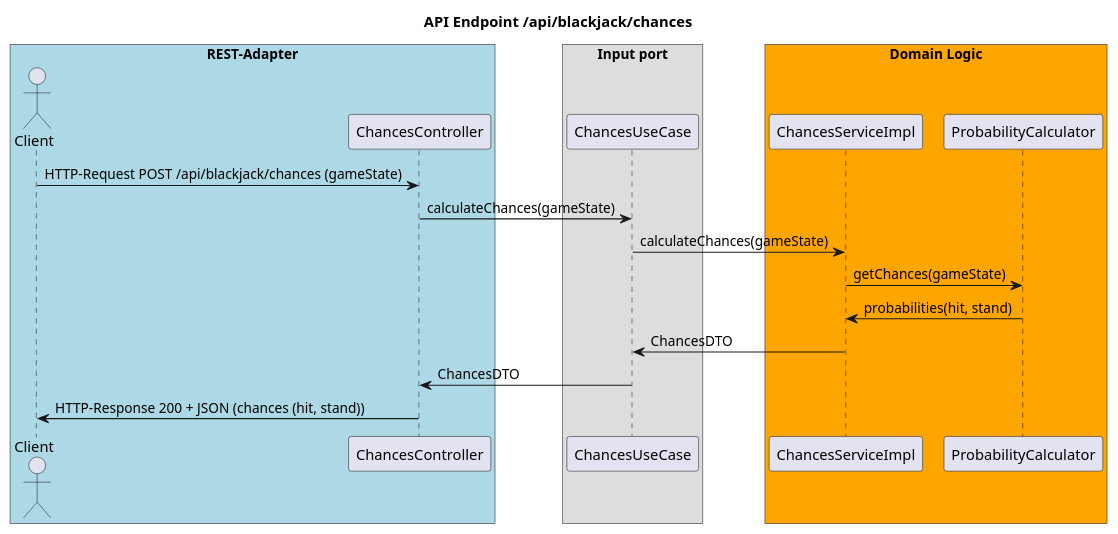
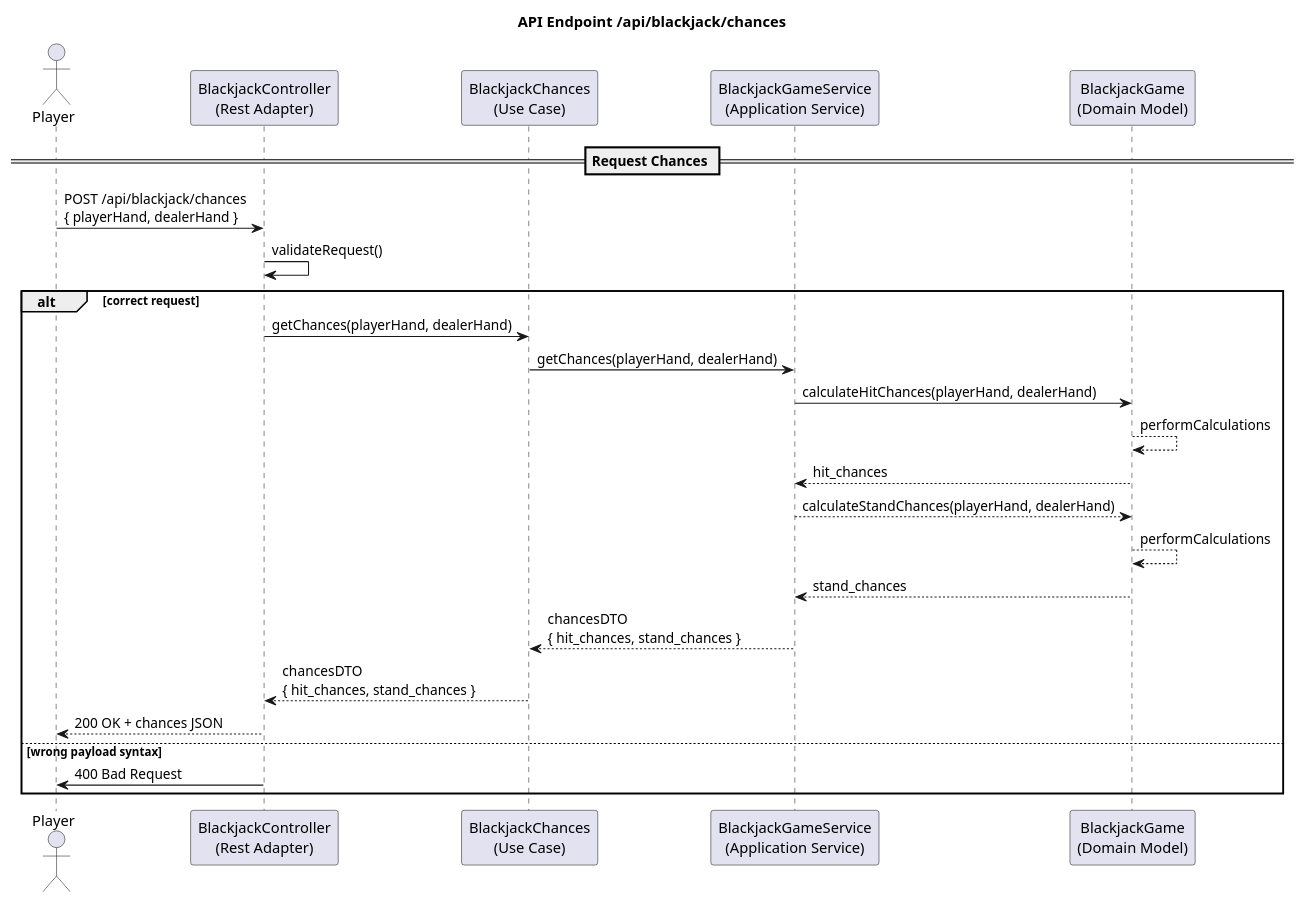
Before and after one commit to voelkerh/Blackjack: the diagram in docs/uml/sequence_diagram_chances.puml, drawn with PlantUML.

Commit message:
Finalize sequence diagram chances

```diff
--- a/docs/uml/sequence_diagram_chances.puml
+++ b/docs/uml/sequence_diagram_chances.puml
@@ -1,28 +1,32 @@
 @startuml
 title API Endpoint /api/blackjack/chances
-actor Client
+actor Player
 
-box "REST-Adapter" #LightBlue
-participant Client
-participant ChancesController
-end box
+participant "BlackjackController\n(Rest Adapter)" as Controller
+participant "BlackjackChances\n(Use Case)" as UseCase
+participant "BlackjackGameService\n(Application Service)" as Service
+participant "BlackjackGame\n(Domain Model)" as Domain
 
-box "Input port"
-participant ChancesUseCase
-end box
+== Request Chances ==
 
-box "Domain Logic" #Orange
-participant ChancesServiceImpl
-participant ProbabilityCalculator
-end box
+Player -> Controller : POST /api/blackjack/chances\n{ playerHand, dealerHand }
+Controller -> Controller : validateRequest()
 
-Client -> ChancesController : HTTP-Request POST /api/blackjack/chances (gameState)
-ChancesController -> ChancesUseCase : calculateChances(gameState)
-ChancesUseCase -> ChancesServiceImpl : calculateChances(gameState)
-ChancesServiceImpl -> ProbabilityCalculator : getChances(gameState)
-ProbabilityCalculator -> ChancesServiceImpl : probabilities(hit, stand)
-ChancesServiceImpl -> ChancesUseCase : ChancesDTO
-ChancesUseCase -> ChancesController : ChancesDTO
-ChancesController -> Client : HTTP-Response 200 + JSON (chances (hit, stand))
+alt correct request
+    Controller -> UseCase : getChances(playerHand, dealerHand)
+    UseCase -> Service : getChances(playerHand, dealerHand)
+    Service -> Domain : calculateHitChances(playerHand, dealerHand)
+    Domain --> Domain : performCalculations
+    Domain --> Service : hit_chances
+    Service --> Domain : calculateStandChances(playerHand, dealerHand)
+    Domain --> Domain : performCalculations
+    Domain --> Service : stand_chances
+    Service --> UseCase : chancesDTO\n{ hit_chances, stand_chances }
+    UseCase --> Controller : chancesDTO\n{ hit_chances, stand_chances }
+    Controller --> Player : 200 OK + chances JSON
+
+else wrong payload syntax
+    Controller -> Player : 400 Bad Request
+end
 
 @enduml
```
